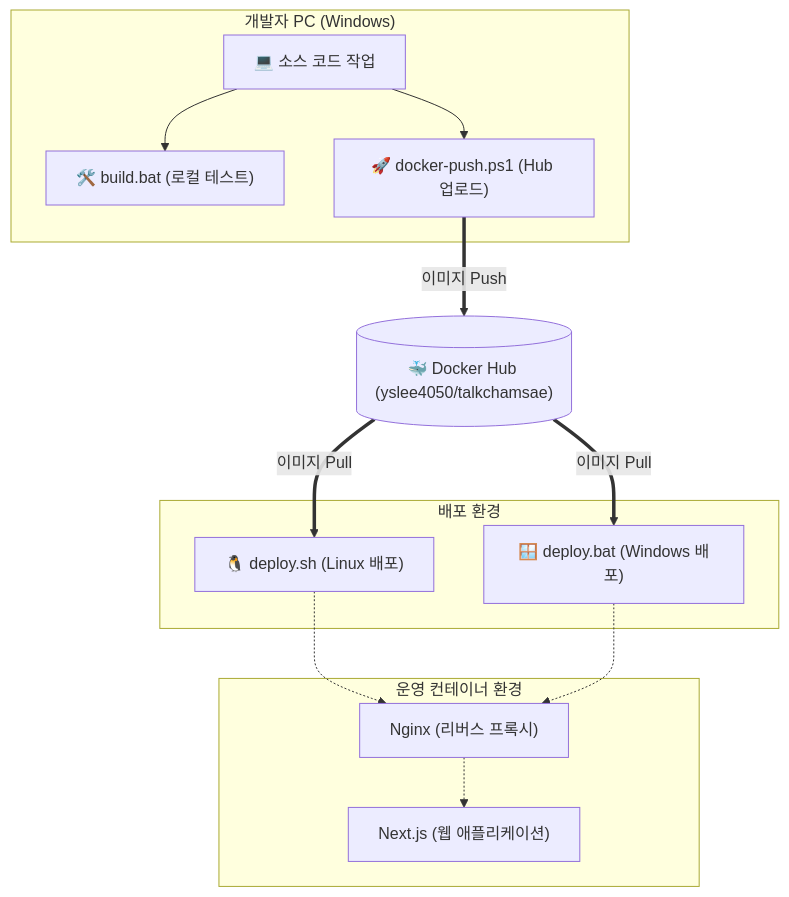
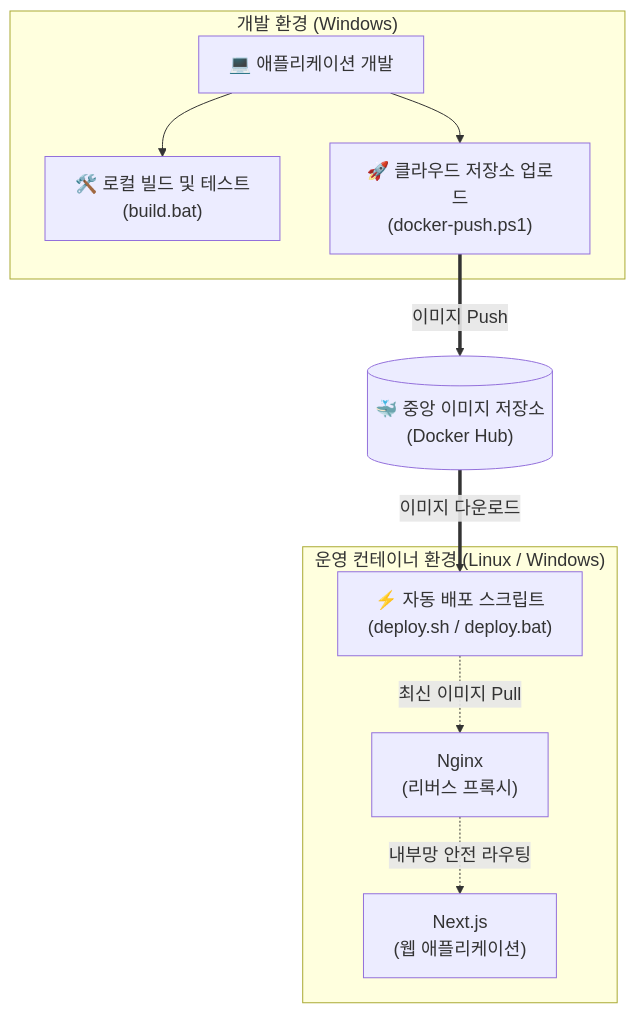
One commit to hugingstar/EnglishYoutube changed the first of 2 diagrams in README.md. Above: the diagram before and after it, drawn with Mermaid. The commit also changed other lines of this file and 2 other files, not shown here.

Commit message:
Update README and Tech Docs with simplified explanation, ER diagram, and 11pt portrait layout

````diff
--- a/README.md
+++ b/README.md
@@ -9,27 +12,23 @@
 ```mermaid
+%%{init: {'theme': 'default', 'themeVariables': { 'fontSize': '18px', 'fontFamily': 'sans-serif'}}}%%
 flowchart TD
-    subgraph Developer["개발자 PC (Windows)"]
-        Code["💻 소스 코드 작업"]
-        Code --> BuildBat["🛠️ build.bat (로컬 테스트)"]
-        Code --> PushPS["🚀 docker-push.ps1 (Hub 업로드)"]
+    subgraph Developer["개발 환경 (Windows)"]
+        Code["💻 애플리케이션 개발"]
+        Code --> BuildBat["🛠️ 로컬 빌드 및 테스트<br/>(build.bat)"]
+        Code --> PushPS["🚀 클라우드 저장소 업로드<br/>(docker-push.ps1)"]
     end
 
-    Hub[("🐳 Docker Hub (yslee4050/talkchamsae)")]
+    Hub[("🐳 중앙 이미지 저장소<br/>(Docker Hub)")]
     PushPS == "이미지 Push" ==> Hub
 
-    subgraph Deployment["배포 환경"]
-        DeployWin["🪟 deploy.bat (Windows 배포)"]
-        DeployLin["🐧 deploy.sh (Linux 배포)"]
+    subgraph Server["운영 컨테이너 환경 (Linux / Windows)"]
+        Deploy["⚡ 자동 배포 스크립트<br/>(deploy.sh / deploy.bat)"]
+        Nginx["Nginx<br/>(리버스 프록시)"]
+        NextJS["Next.js<br/>(웹 애플리케이션)"]
+        
+        Deploy -.->|최신 이미지 Pull| Nginx
+        Nginx -.->|내부망 안전 라우팅| NextJS
     end
 
-    Hub == "이미지 Pull" ==> DeployWin
-    Hub == "이미지 Pull" ==> DeployLin
-
-    subgraph Server["운영 컨테이너 환경"]
-        Nginx["Nginx (리버스 프록시)"]
-        NextJS["Next.js (웹 애플리케이션)"]
-        DeployLin -.-> Nginx
-        DeployWin -.-> Nginx
-        Nginx -.-> NextJS
-    end
+    Hub == "이미지 다운로드" ==> Deploy
 ```
````
